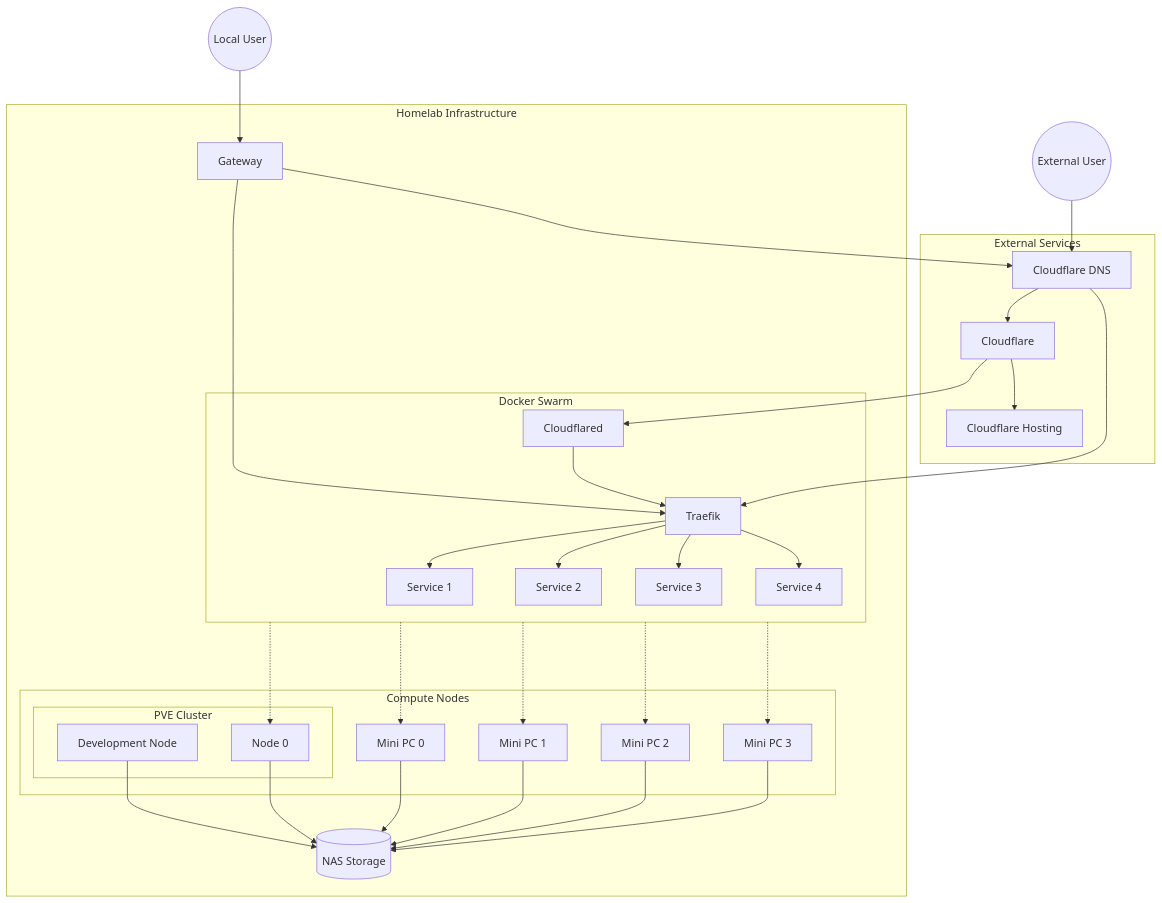
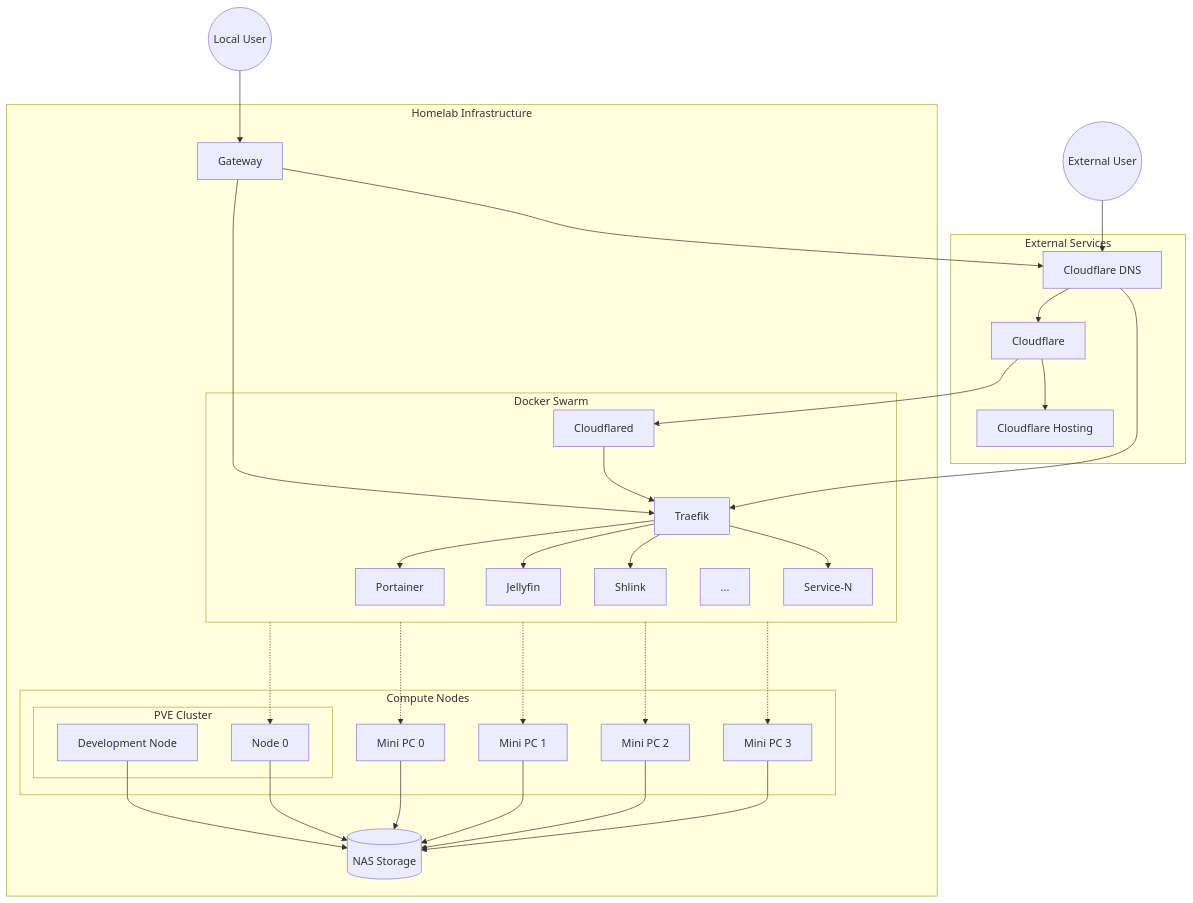
One commit to dbut2/dbut2.github.io changed the second of 2 diagrams in content/blog/homelab-in-review.md. Above: the diagram before and after it, drawn with Mermaid. The commit also changed other lines of this file, not shown here.

Commit message:
Update content/blog/homelab-in-review.md (via Pages CMS)

````diff
--- a/content/blog/homelab-in-review.md
+++ b/content/blog/homelab-in-review.md
@@ -44,55 +43,57 @@
 ```mermaid
 flowchart TD
     user((External User))
     local-user((Local User))
 
     subgraph external-services [External Services]
         cloudflare[Cloudflare]
         cloudflare-hosting[Cloudflare Hosting]
         cloudflare-dns[Cloudflare DNS]
     end
 
     subgraph homelab [Homelab Infrastructure]
         subgraph compute-nodes [Compute Nodes]
             subgraph pve [PVE Cluster]
                 dev[Development Node]
                 node0[Node 0]
             end
 
             tc0[Mini PC 0]
             tc1[Mini PC 1]
             tc2[Mini PC 2]
             tc3[Mini PC 3]
         end
 
         nas[(NAS Storage)]
 
         gateway[Gateway]
 
         subgraph swarm [Docker Swarm]
-            service-1[Service 1]
-            service-2[Service 2]
-            service-3[Service 3]
-            service-4[Service 4]
+            service-1[Portainer]
+            service-2[Jellyfin]
+            service-3[Shlink]
+            service-n[...]
+            service-4[Service-N]
+
 
             cloudflared[Cloudflared]
             traefik[Traefik]
         end
     end
 
     local-user --> gateway
     gateway --> cloudflare-dns
     gateway --> traefik
 
     user --> cloudflare-dns
     cloudflare-dns --> cloudflare
     cloudflare --> cloudflared
     cloudflared --> traefik
     cloudflare --> cloudflare-hosting
 
     cloudflare-dns --> traefik
 
     traefik --> service-1 & service-2 & service-3 & service-4
     swarm -..-> node0 & tc0 & tc1 & tc2 & tc3
     dev & node0 & tc0 & tc1 & tc2 & tc3 --> nas
 ```
````
